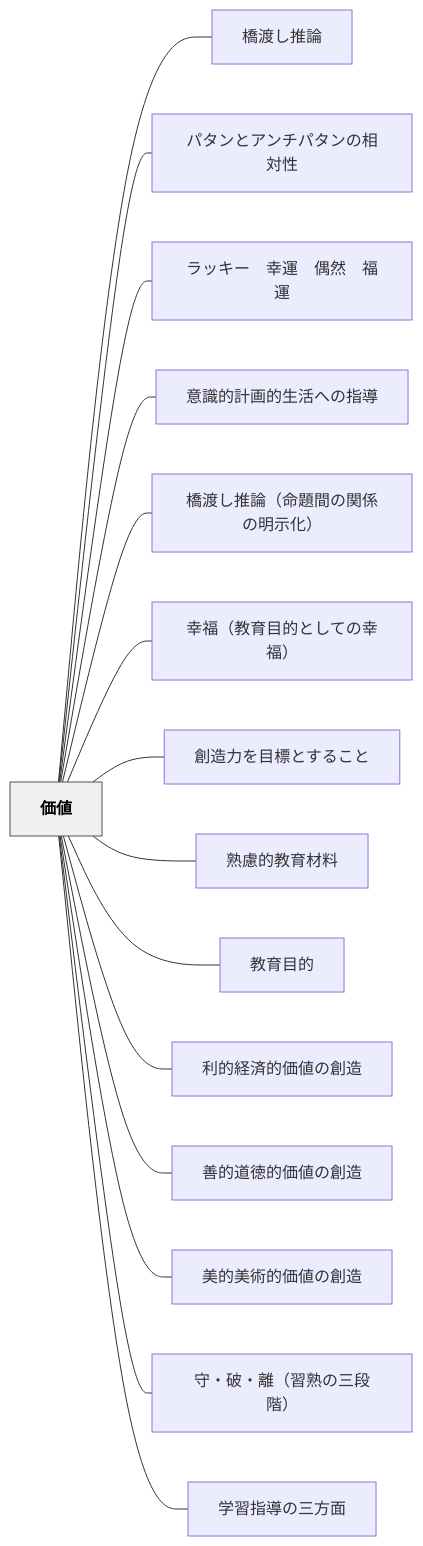
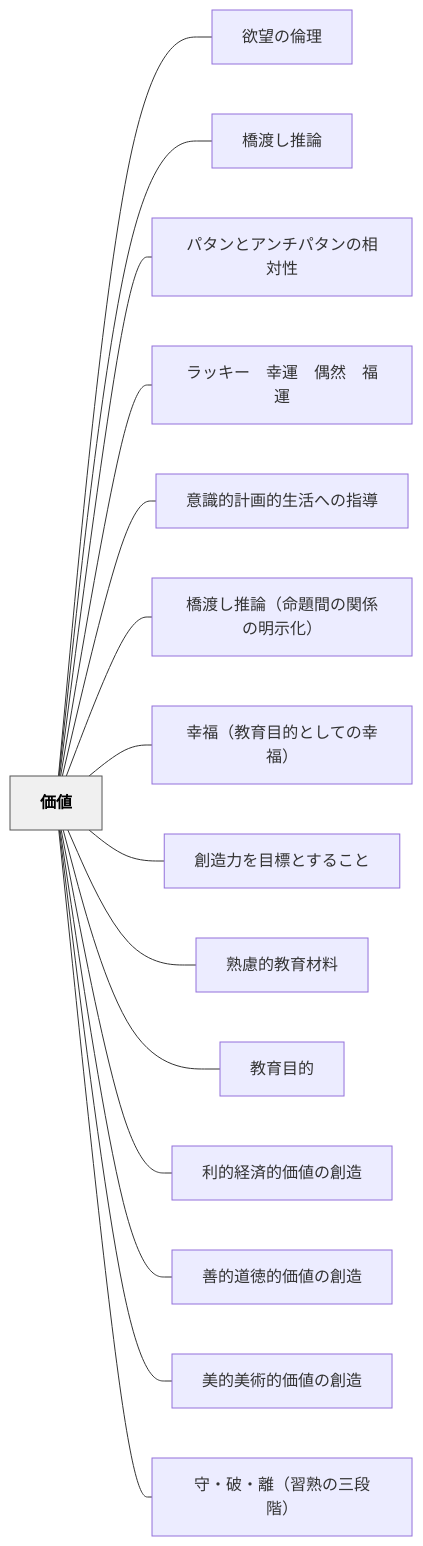
One commit to unknownthings-ed-patterns/unknownthings-ed-patterns changed the diagram in content/パタン/価値.md. Above: the diagram before and after it, drawn with Mermaid. The commit also changed other lines of this file and 185 other files, not shown here.

````diff
--- a/content/パタン/価値.md
+++ b/content/パタン/価値.md
@@ -156,36 +157,36 @@
 ```mermaid
 flowchart LR
     ne4bea1e580a4["価値"]
+    ne6acb2e69c9be381aee580abe79086["欲望の倫理"]
     ne6a98be6b8a1e38197e68ea8e8ab96["橋渡し推論"]
     ne38391e382bfe383b3e381a8e382a2e383b3e38381e38391e382bfe383b3e381aee79bb8e5afbee680a7["パタンとアンチパタンの相対性"]
     ne383a9e38383e382ade383bce38080e5b9b8e9818be38080e581b6e784b6e38080e7a68fe9818b["ラッキー　幸運　偶然　福運"]
     ne6848fe8ad98e79a84e8a888e794bbe79a84e7949fe6b4bbe381b8e381aee68c87e5b08e["意識的計画的生活への指導"]
     ne6a98be6b8a1e38197e68ea8e8ab96efbc88e591bde9a18ce99693e381aee996a2e4bf82e381aee6988ee7a4bae58c96efbc89["橋渡し推論（命題間の関係の明示化）"]
     ne5b9b8e7a68fefbc88e69599e882b2e79baee79a84e381a8e38197e381a6e381aee5b9b8e7a68fefbc89["幸福（教育目的としての幸福）"]
     ne589b5e980a0e58a9be38292e79baee6a899e381a8e38199e3828be38193e381a8["創造力を目標とすること"]
     ne7869fe685aee79a84e69599e882b2e69d90e69699["熟慮的教育材料"]
     ne69599e882b2e79baee79a84["教育目的"]
     ne588a9e79a84e7b58ce6b888e79a84e4bea1e580a4e381aee589b5e980a0["利的経済的価値の創造"]
     ne59684e79a84e98193e5beb3e79a84e4bea1e580a4e381aee589b5e980a0["善的道徳的価値の創造"]
     ne7be8ee79a84e7be8ee8a193e79a84e4bea1e580a4e381aee589b5e980a0["美的美術的価値の創造"]
     ne5ae88e383bbe7a0b4e383bbe99ba2efbc88e7bf92e7869fe381aee4b889e6aeb5e99a8eefbc89["守・破・離（習熟の三段階）"]
-    ne5ada6e7bf92e68c87e5b08ee381aee4b889e696b9e99da2["学習指導の三方面"]
 
+    ne4bea1e580a4 --- ne6acb2e69c9be381aee580abe79086
     ne4bea1e580a4 --- ne6a98be6b8a1e38197e68ea8e8ab96
     ne4bea1e580a4 --- ne38391e382bfe383b3e381a8e382a2e383b3e38381e38391e382bfe383b3e381aee79bb8e5afbee680a7
     ne4bea1e580a4 --- ne383a9e38383e382ade383bce38080e5b9b8e9818be38080e581b6e784b6e38080e7a68fe9818b
     ne4bea1e580a4 --- ne6848fe8ad98e79a84e8a888e794bbe79a84e7949fe6b4bbe381b8e381aee68c87e5b08e
     ne4bea1e580a4 --- ne6a98be6b8a1e38197e68ea8e8ab96efbc88e591bde9a18ce99693e381aee996a2e4bf82e381aee6988ee7a4bae58c96efbc89
     ne4bea1e580a4 --- ne5b9b8e7a68fefbc88e69599e882b2e79baee79a84e381a8e38197e381a6e381aee5b9b8e7a68fefbc89
     ne4bea1e580a4 --- ne589b5e980a0e58a9be38292e79baee6a899e381a8e38199e3828be38193e381a8
     ne4bea1e580a4 --- ne7869fe685aee79a84e69599e882b2e69d90e69699
     ne4bea1e580a4 --- ne69599e882b2e79baee79a84
     ne4bea1e580a4 --- ne588a9e79a84e7b58ce6b888e79a84e4bea1e580a4e381aee589b5e980a0
     ne4bea1e580a4 --- ne59684e79a84e98193e5beb3e79a84e4bea1e580a4e381aee589b5e980a0
     ne4bea1e580a4 --- ne7be8ee79a84e7be8ee8a193e79a84e4bea1e580a4e381aee589b5e980a0
     ne4bea1e580a4 --- ne5ae88e383bbe7a0b4e383bbe99ba2efbc88e7bf92e7869fe381aee4b889e6aeb5e99a8eefbc89
-    ne4bea1e580a4 --- ne5ada6e7bf92e68c87e5b08ee381aee4b889e696b9e99da2
 
     classDef hub fill:#f0f0f0,stroke:#555,color:#000,font-weight:bold
     class ne4bea1e580a4 hub
 ```
````
